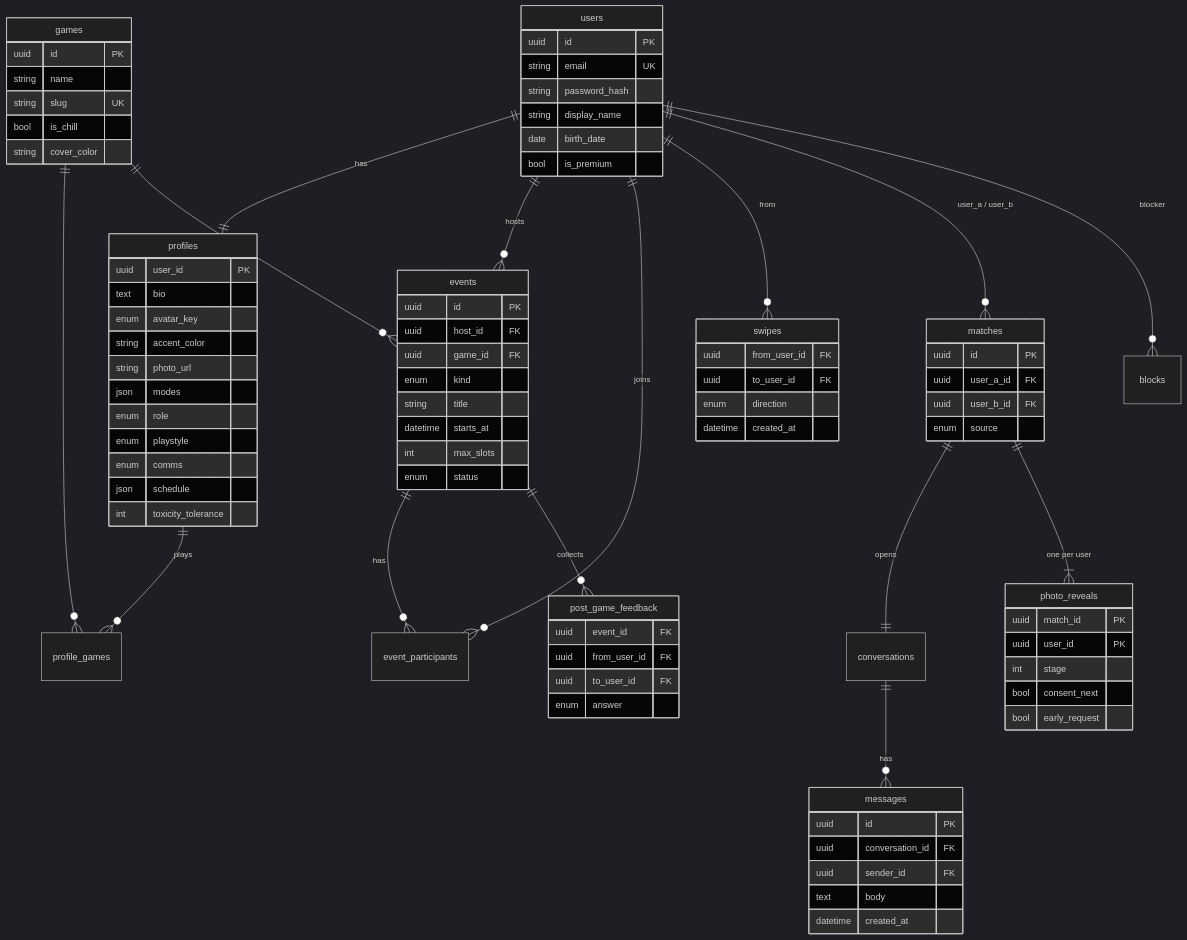
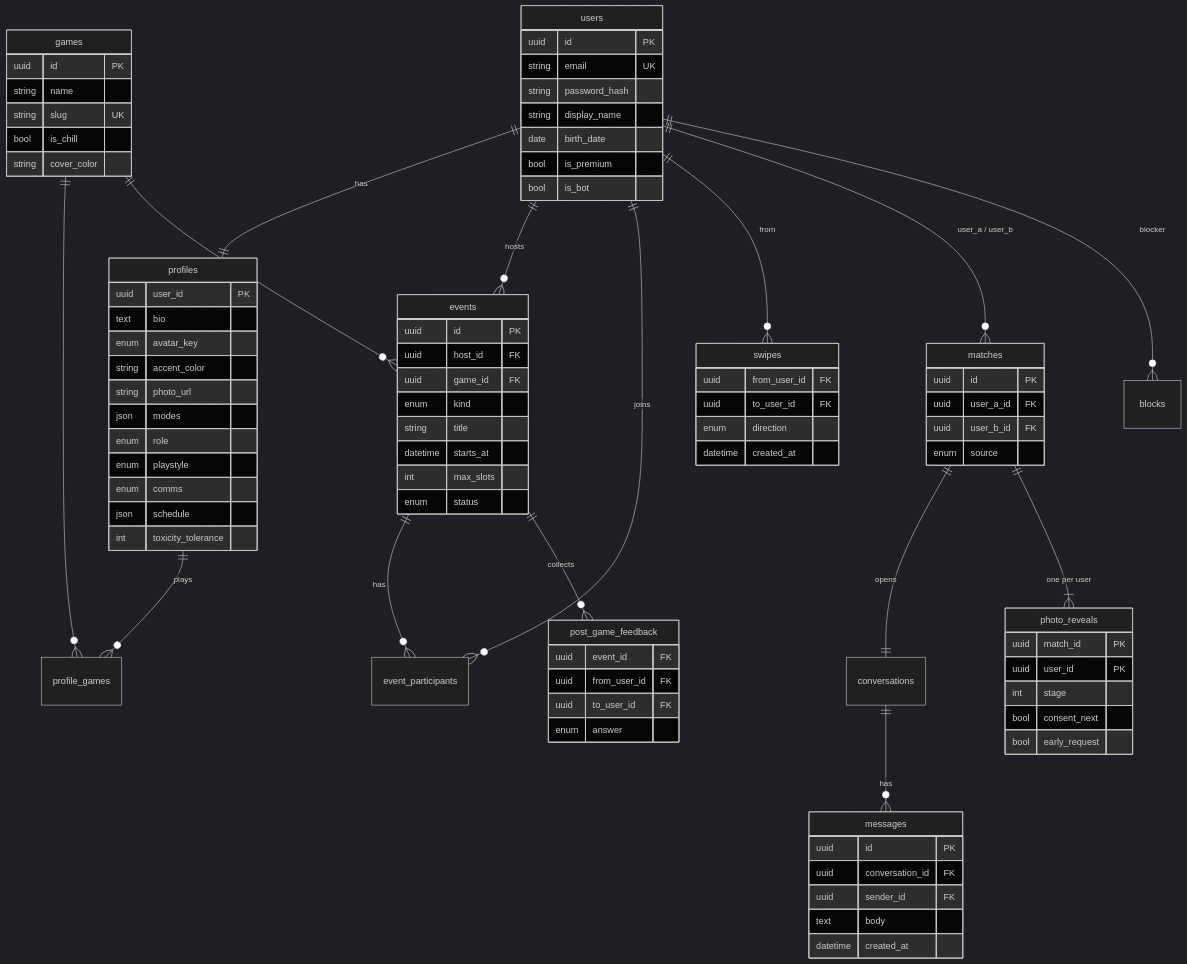
The diagram in docs/data-model.md (Nujabesuuu/Team_14), drawn with Mermaid (dark theme) before and after one commit. The commit also changed other lines of this file and 52 other files, not shown here.

```diff
--- a/docs/data-model.md
+++ b/docs/data-model.md
@@ -26,6 +26,7 @@
     string display_name
     date birth_date
     bool is_premium
+    bool is_bot
   }
   profiles {
     uuid user_id PK
```
